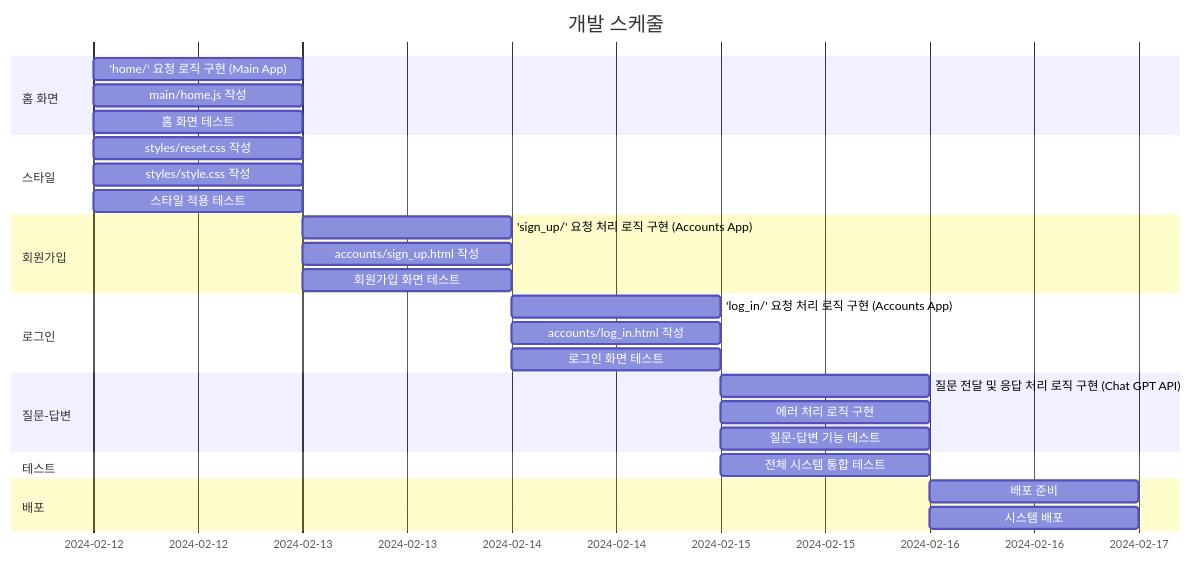
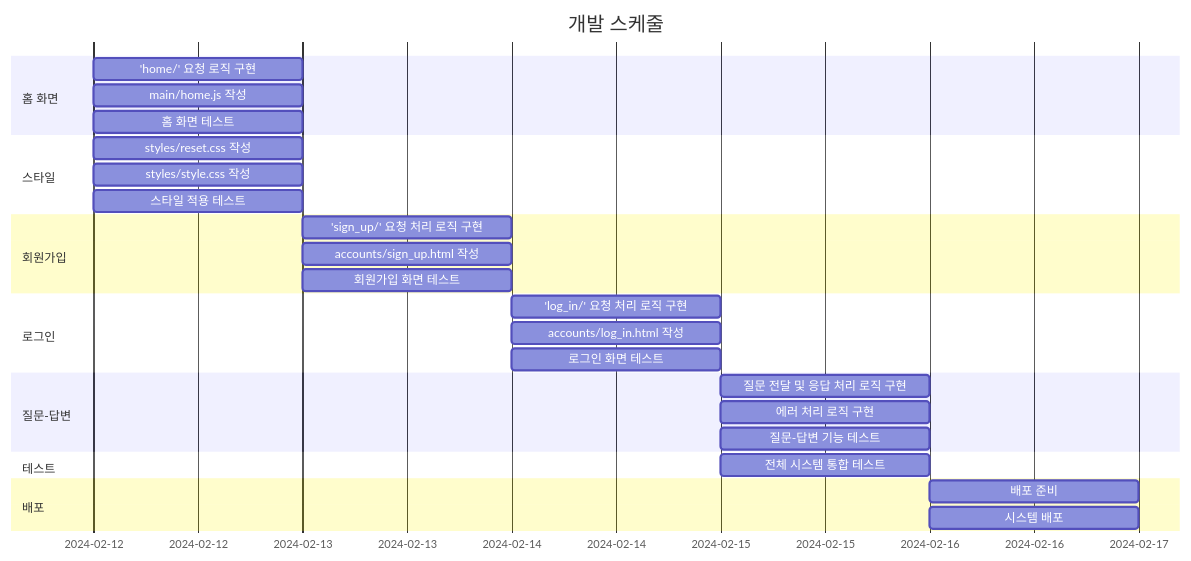
One commit to TheRealParkJoohyung/product-pricing changed the second of 2 diagrams in README.md. Above: the diagram before and after it, drawn with Mermaid.

````diff
--- a/README.md
+++ b/README.md
@@ -124,38 +124,38 @@
 ```mermaid
 gantt
     todayMarker off
 dateFormat YYYY-MM-DD
 title 개발 스케줄
 
 section 홈 화면
-'home/' 요청 로직 구현 (Main App) :2024-02-12, 1d
+'home/' 요청 로직 구현 :2024-02-12, 1d
 main/home.js 작성 :2024-02-12, 1d
 홈 화면 테스트 :2024-02-12, 1d
 
 section 스타일
 styles/reset.css 작성 :2024-02-12, 1d
 styles/style.css 작성 :2024-02-12, 1d
 스타일 적용 테스트 :2024-02-12, 1d
 
 section 회원가입
-'sign_up/' 요청 처리 로직 구현 (Accounts App) :2024-02-13, 1d
+'sign_up/' 요청 처리 로직 구현 :2024-02-13, 1d
 accounts/sign_up.html 작성 :2024-02-13, 1d
 회원가입 화면 테스트 :2024-02-13, 1d
 
 section 로그인
-'log_in/' 요청 처리 로직 구현 (Accounts App) :2024-02-14, 1d
+'log_in/' 요청 처리 로직 구현 :2024-02-14, 1d
 accounts/log_in.html 작성 :2024-02-14, 1d
 로그인 화면 테스트 :2024-02-14, 1d
 
 section 질문-답변
-질문 전달 및 응답 처리 로직 구현 (Chat GPT API) :2024-02-15, 1d
+질문 전달 및 응답 처리 로직 구현 :2024-02-15, 1d
 에러 처리 로직 구현 :2024-02-15, 1d
 질문-답변 기능 테스트 :2024-02-15, 1d
 
 section 테스트
 전체 시스템 통합 테스트 :2024-02-15, 1d
 
 section 배포
 배포 준비 :2024-02-16, 1d
 시스템 배포 :2024-02-16, 1d
 ```
````
